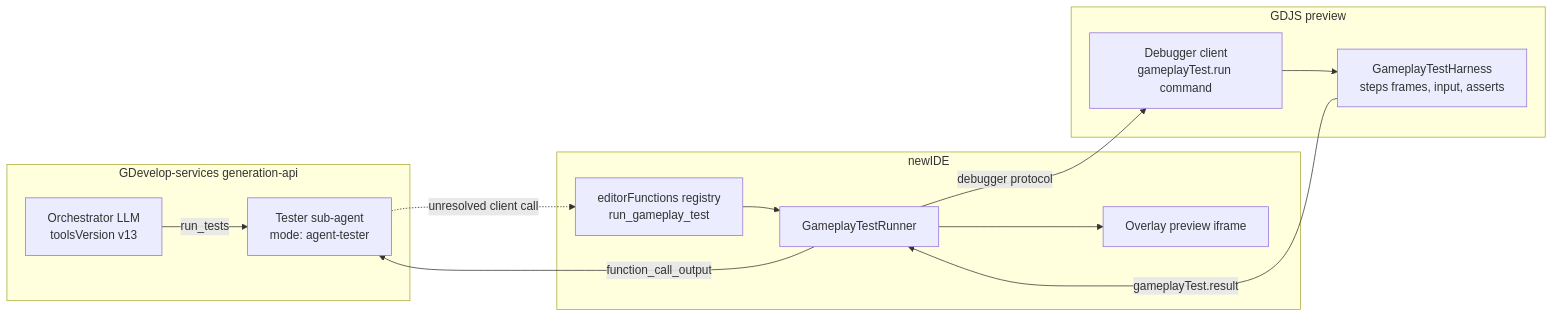
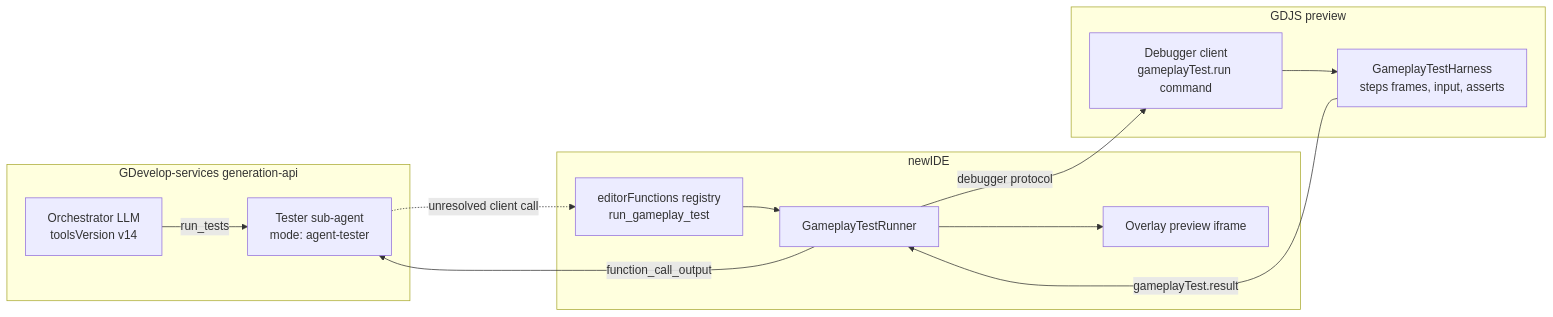
The diagram in GAMEPLAY_TESTS_PLAN.md (4ian/GDevelop), drawn with Mermaid before and after one commit. The commit also changed other lines of this file, not shown here.

First line of the commit message:
Renumber the gameplay tests AI tools version to v14

````diff
--- a/GAMEPLAY_TESTS_PLAN.md
+++ b/GAMEPLAY_TESTS_PLAN.md
@@ -60,23 +60,23 @@
 ```mermaid
 flowchart LR
   subgraph Backend [GDevelop-services generation-api]
-    ORCH[Orchestrator LLM<br/>toolsVersion v13]
+    ORCH[Orchestrator LLM<br/>toolsVersion v14]
     TESTER[Tester sub-agent<br/>mode: agent-tester]
     ORCH -- run_tests --> TESTER
   end
   subgraph Editor [newIDE]
     REG[editorFunctions registry<br/>run_gameplay_test]
     RUNNER[GameplayTestRunner]
     FRAME[Overlay preview iframe]
     REG --> RUNNER --> FRAME
   end
   subgraph Game [GDJS preview]
     DBG[Debugger client<br/>gameplayTest.run command]
     HARNESS[GameplayTestHarness<br/>steps frames, input, asserts]
     DBG --> HARNESS
   end
   TESTER -. unresolved client call .-> REG
   RUNNER -- debugger protocol --> DBG
   HARNESS -- gameplayTest.result --> RUNNER
   RUNNER -- function_call_output --> TESTER
 ```
````
